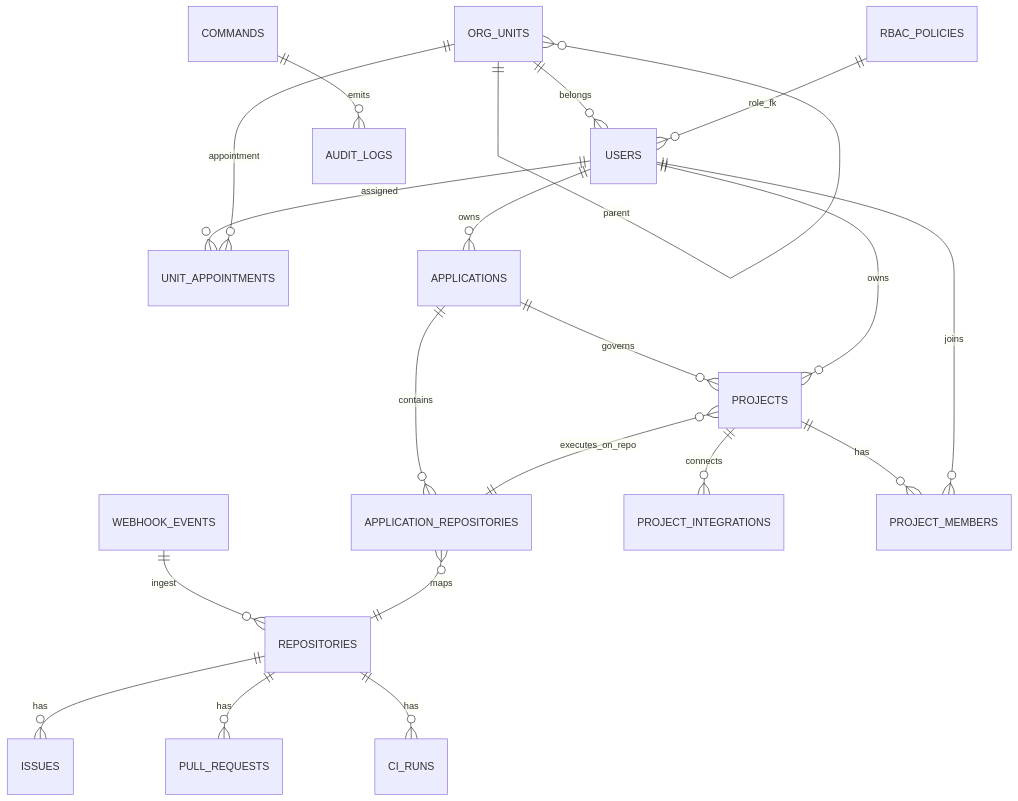
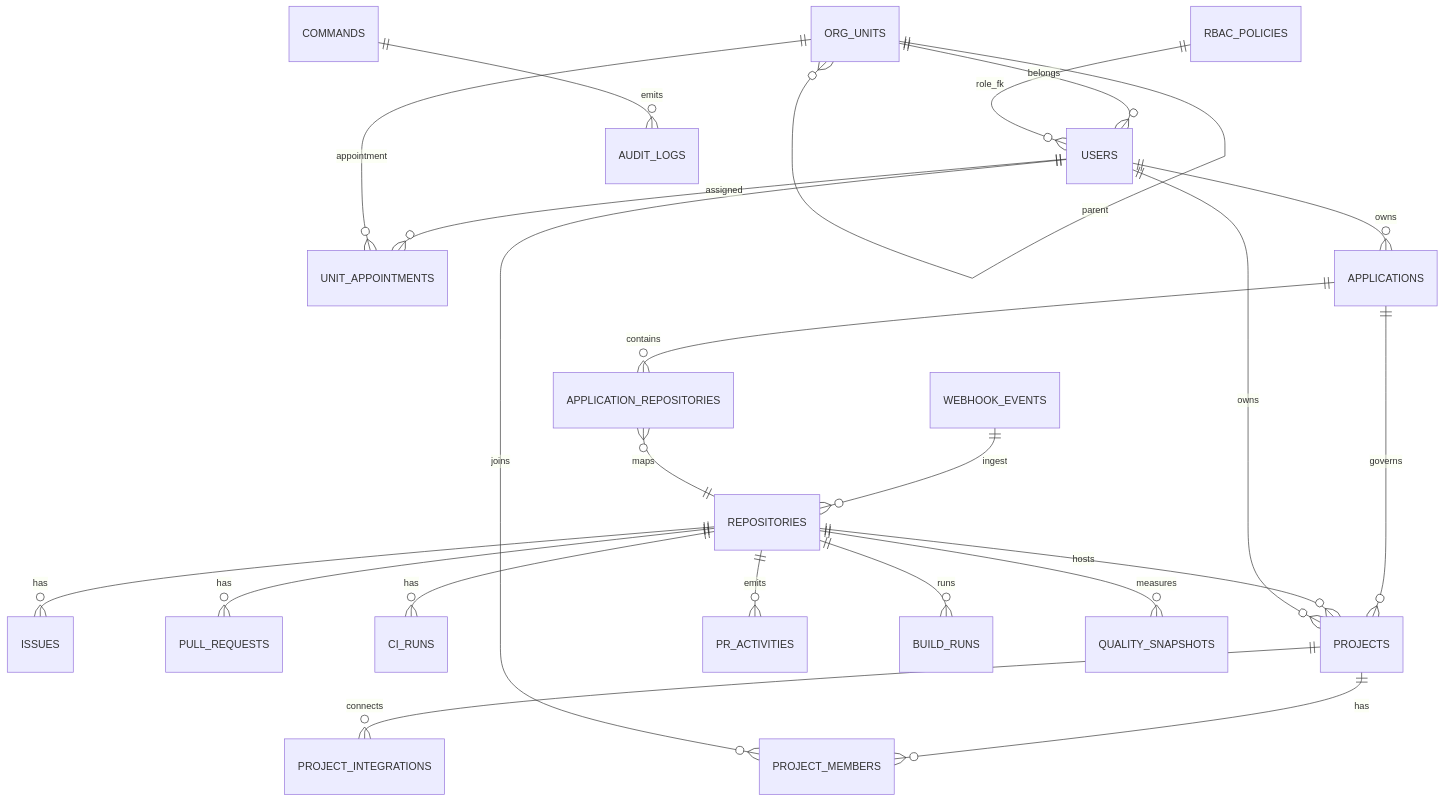
Before and after one commit to ykylee/Devhub_example: the sixth of 6 diagrams in docs/planning/system_erd.md, drawn with Mermaid. The commit also changed other lines of this file and 5 other files, not shown here.

Commit message:
docs: design application-repository-project data and repo ops metrics

````diff
--- a/docs/planning/system_erd.md
+++ b/docs/planning/system_erd.md
@@ -216,25 +250,28 @@
 ```mermaid
 erDiagram
     WEBHOOK_EVENTS ||--o{ REPOSITORIES : ingest
     REPOSITORIES ||--o{ ISSUES : has
     REPOSITORIES ||--o{ PULL_REQUESTS : has
     REPOSITORIES ||--o{ CI_RUNS : has
 
     ORG_UNITS ||--o{ ORG_UNITS : parent
     ORG_UNITS ||--o{ USERS : belongs
     USERS ||--o{ UNIT_APPOINTMENTS : assigned
     ORG_UNITS ||--o{ UNIT_APPOINTMENTS : appointment
     RBAC_POLICIES ||--o{ USERS : role_fk
 
     COMMANDS ||--o{ AUDIT_LOGS : emits
 
     APPLICATIONS ||--o{ APPLICATION_REPOSITORIES : contains
     APPLICATIONS ||--o{ PROJECTS : governs
+    REPOSITORIES ||--o{ PROJECTS : hosts
     PROJECTS ||--o{ PROJECT_INTEGRATIONS : connects
     PROJECTS ||--o{ PROJECT_MEMBERS : has
     USERS ||--o{ PROJECT_MEMBERS : joins
     USERS ||--o{ PROJECTS : owns
     USERS ||--o{ APPLICATIONS : owns
     APPLICATION_REPOSITORIES }o--|| REPOSITORIES : maps
-    PROJECTS }o--|| APPLICATION_REPOSITORIES : executes_on_repo
+    REPOSITORIES ||--o{ PR_ACTIVITIES : emits
+    REPOSITORIES ||--o{ BUILD_RUNS : runs
+    REPOSITORIES ||--o{ QUALITY_SNAPSHOTS : measures
 ```
````
